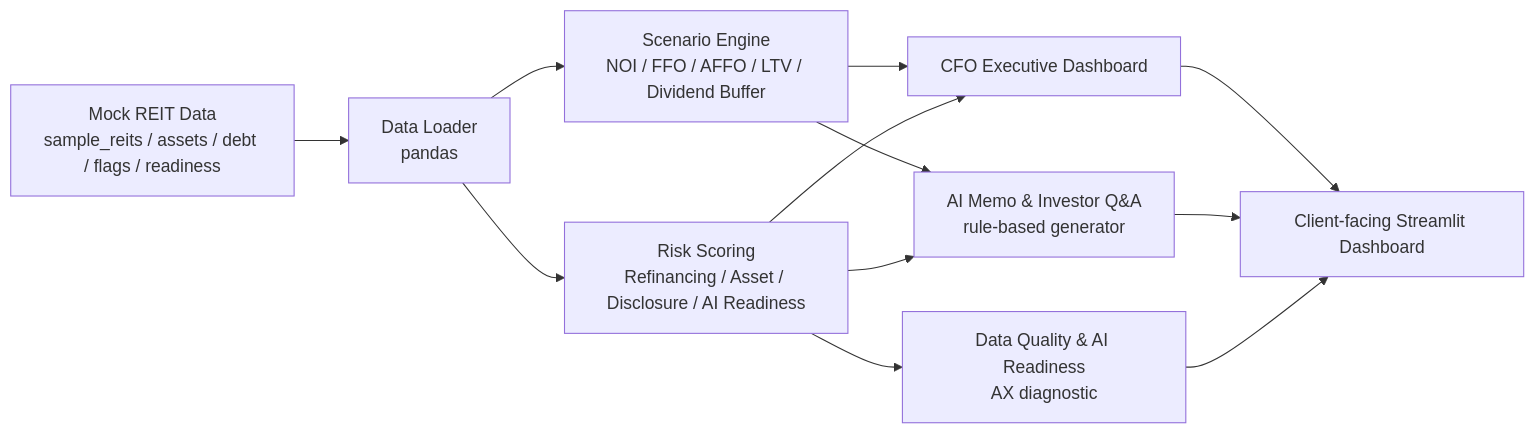
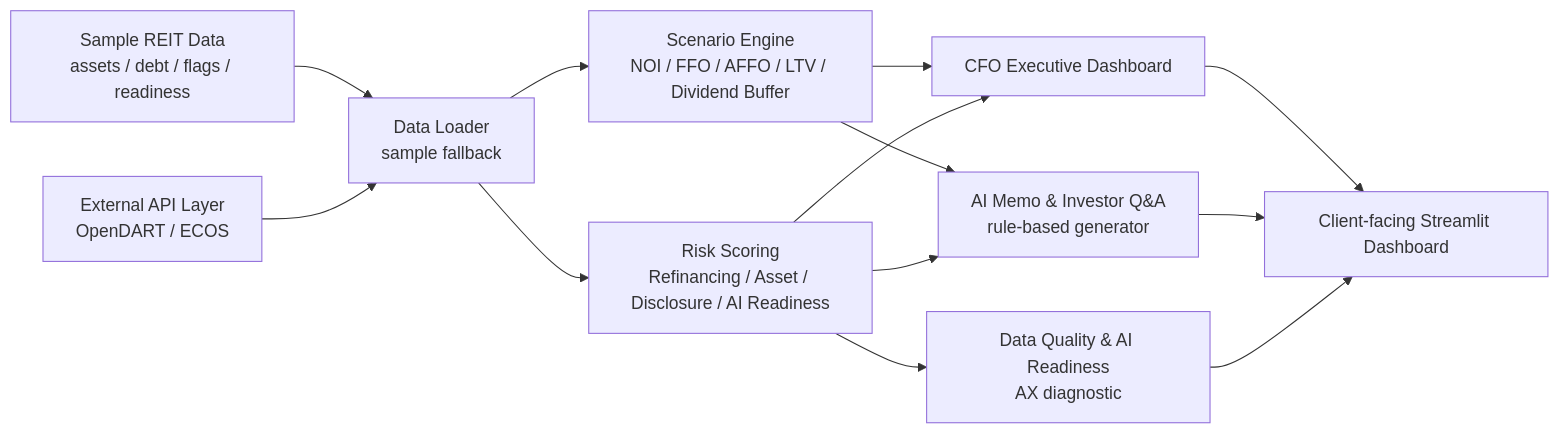
One commit to hahnjune0118/k-reit-cfo-copilot changed the diagram in README.md. Above: the diagram before and after it, drawn with Mermaid. The commit also changed other lines of this file and 12 other files, not shown here.

Commit message:
v08 Add external API data layer

````diff
--- a/README.md
+++ b/README.md
@@ -45,14 +45,15 @@
 ```mermaid
 flowchart LR
-    A["Mock REIT Data<br/>sample_reits / assets / debt / flags / readiness"] --> B["Data Loader<br/>pandas"]
+    A["Sample REIT Data<br/>assets / debt / flags / readiness"] --> B["Data Loader<br/>sample fallback"]
+    X["External API Layer<br/>OpenDART / ECOS"] --> B
     B --> C["Scenario Engine<br/>NOI / FFO / AFFO / LTV / Dividend Buffer"]
     B --> D["Risk Scoring<br/>Refinancing / Asset / Disclosure / AI Readiness"]
     C --> E["CFO Executive Dashboard"]
     D --> E
     C --> F["AI Memo & Investor Q&A<br/>rule-based generator"]
     D --> F
     D --> G["Data Quality & AI Readiness<br/>AX diagnostic"]
     E --> H["Client-facing Streamlit Dashboard"]
     F --> H
     G --> H
 ```
````
